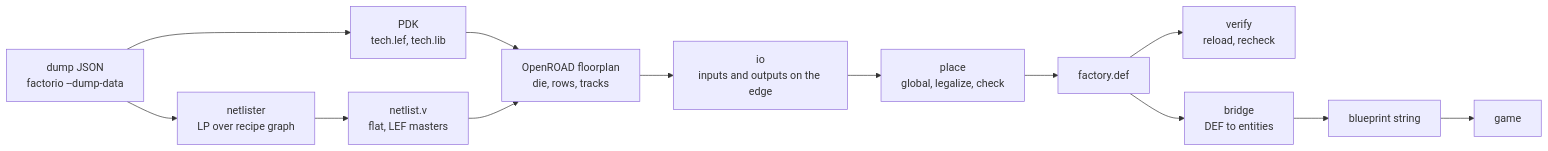
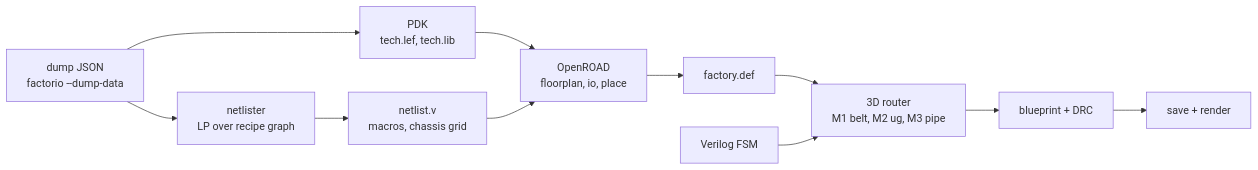
One commit to atvrager/factorilog changed the diagram in README.md. Above: the diagram before and after it, drawn with Mermaid. The commit also changed other lines of this file and 14 other files, not shown here.

````diff
--- a/README.md
+++ b/README.md
@@ -26,15 +32,13 @@
 ```mermaid
 graph LR
   D[dump JSON<br/>factorio --dump-data] --> P[PDK<br/>tech.lef, tech.lib]
   D --> S[netlister<br/>LP over recipe graph]
-  S --> N[netlist.v<br/>flat, LEF masters]
-  P --> F[OpenROAD floorplan<br/>die, rows, tracks]
+  S --> N[netlist.v<br/>macros, chassis grid]
+  P --> F[OpenROAD<br/>floorplan, io, place]
   N --> F
-  F --> I[io<br/>inputs and outputs on the edge]
-  I --> G[place<br/>global, legalize, check]
-  G --> DEF[factory.def]
-  DEF --> V[verify<br/>reload, recheck]
-  DEF --> B[bridge<br/>DEF to entities]
-  B --> E[blueprint string]
-  E --> H[game]
+  F --> DEF[factory.def]
+  DEF --> R[3D router<br/>M1 belt, M2 ug, M3 pipe]
+  V[Verilog FSM] --> R
+  R --> B[blueprint + DRC]
+  B --> H[save + render]
 ```
````
